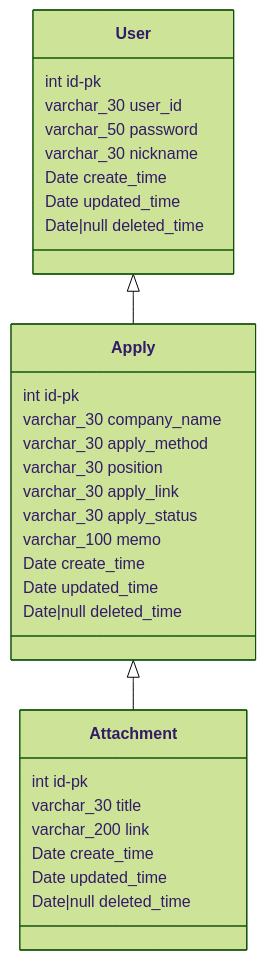
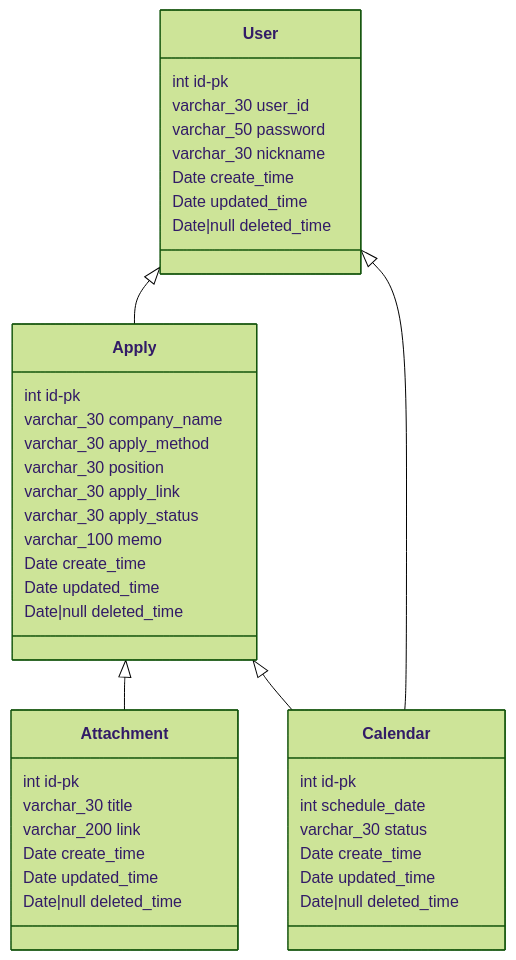
The diagram in Readme.md (maintainker/jenkins_test), drawn with Mermaid (forest theme) before and after one commit.

Commit message:
(feat) attachment table

````diff
--- a/Readme.md
+++ b/Readme.md
@@ -3,32 +3,42 @@
 ```mermaid
   classDiagram
     User <|-- Apply
     Apply <|-- Attachment
+    Apply <|-- Calendar
+    User <|-- Calendar
 
     User: int id-pk
     User: varchar_30 user_id
     User: varchar_50 password
     User: varchar_30 nickname
     User: Date create_time
     User: Date updated_time
     User: Date|null deleted_time
 
     Apply: int id-pk
     Apply: varchar_30 company_name
     Apply: varchar_30 apply_method
     Apply: varchar_30 position
     Apply: varchar_30 apply_link
     Apply: varchar_30 apply_status
     Apply: varchar_100 memo
     Apply: Date create_time
     Apply: Date updated_time
     Apply: Date|null deleted_time
 
     Attachment: int id-pk
     Attachment: varchar_30 title
     Attachment: varchar_200 link
     Attachment: Date create_time
     Attachment: Date updated_time
     Attachment: Date|null deleted_time
 
+    Calendar: int id-pk
+    Calendar: int schedule_date
+    Calendar: varchar_30 status
+    Calendar: Date create_time
+    Calendar: Date updated_time
+    Calendar: Date|null deleted_time
+
+
 ```
````
